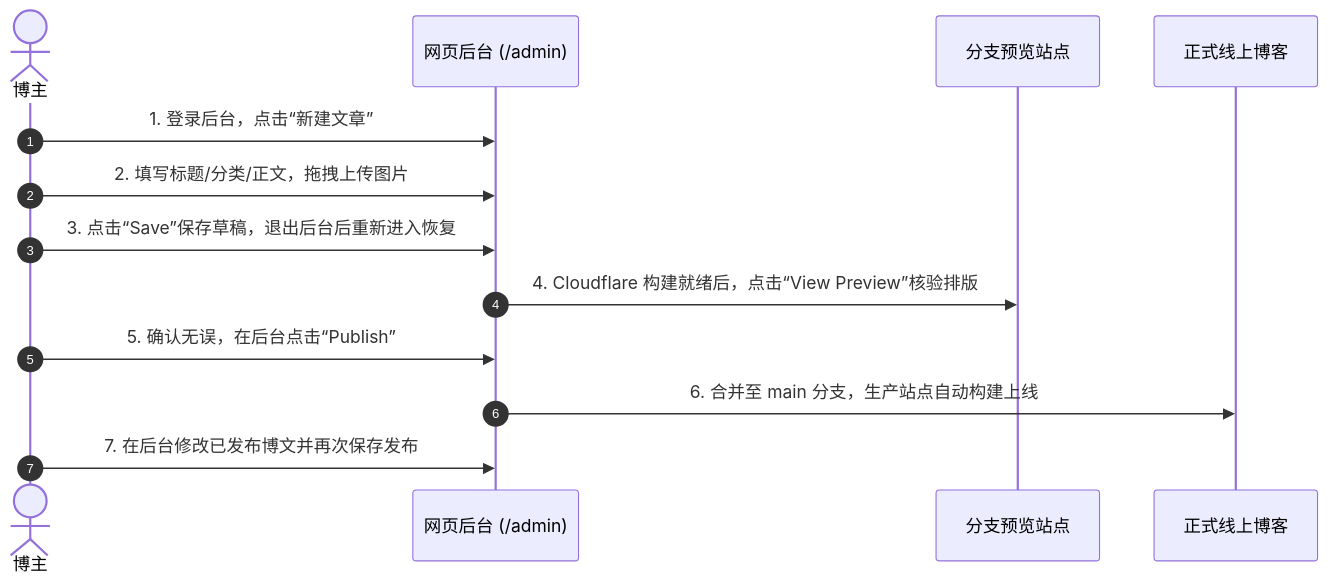
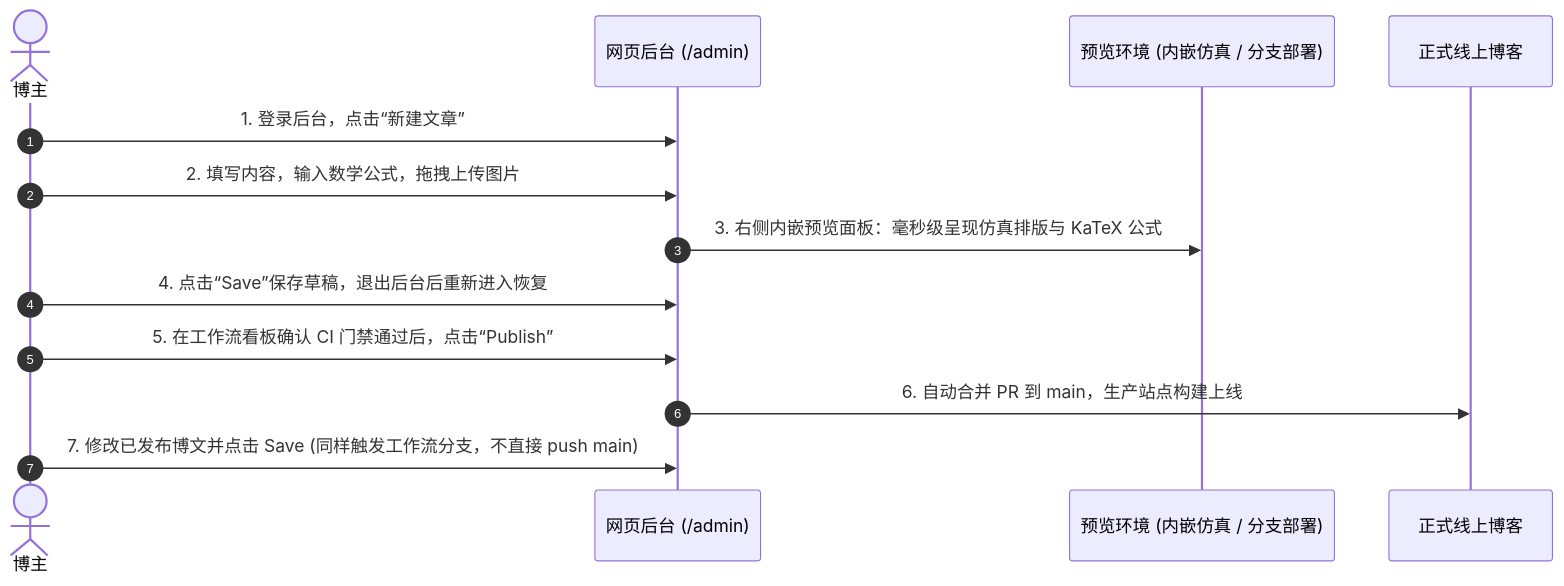
One commit to ForeSee2024/huaoblog changed the second of 2 diagrams in docs/ENGINEERING_SPEC.md. Above: the diagram before and after it, drawn with Mermaid. The commit also changed other lines of this file and 9 other files, not shown here.

````diff
--- a/docs/ENGINEERING_SPEC.md
+++ b/docs/ENGINEERING_SPEC.md
@@ -356,16 +372,16 @@
 ```mermaid
 sequenceDiagram
     autonumber
     actor Author as 博主
     participant Admin as 网页后台 (/admin)
-    participant Preview as 分支预览站点
+    participant Preview as 预览环境 (内嵌仿真 / 分支部署)
     participant Live as 正式线上博客
 
     Author->>Admin: 1. 登录后台，点击“新建文章”
-    Author->>Admin: 2. 填写标题/分类/正文，拖拽上传图片
-    Author->>Admin: 3. 点击“Save”保存草稿，退出后台后重新进入恢复
-    Admin->>Preview: 4. Cloudflare 构建就绪后，点击“View Preview”核验排版
-    Author->>Admin: 5. 确认无误，在后台点击“Publish”
-    Admin->>Live: 6. 合并至 main 分支，生产站点自动构建上线
-    Author->>Admin: 7. 在后台修改已发布博文并再次保存发布
+    Author->>Admin: 2. 填写内容，输入数学公式，拖拽上传图片
+    Admin->>Preview: 3. 右侧内嵌预览面板：毫秒级呈现仿真排版与 KaTeX 公式
+    Author->>Admin: 4. 点击“Save”保存草稿，退出后台后重新进入恢复
+    Author->>Admin: 5. 在工作流看板确认 CI 门禁通过后，点击“Publish”
+    Admin->>Live: 6. 自动合并 PR 到 main，生产站点构建上线
+    Author->>Admin: 7. 修改已发布博文并点击 Save (同样触发工作流分支，不直接 push main)
 ```
````
